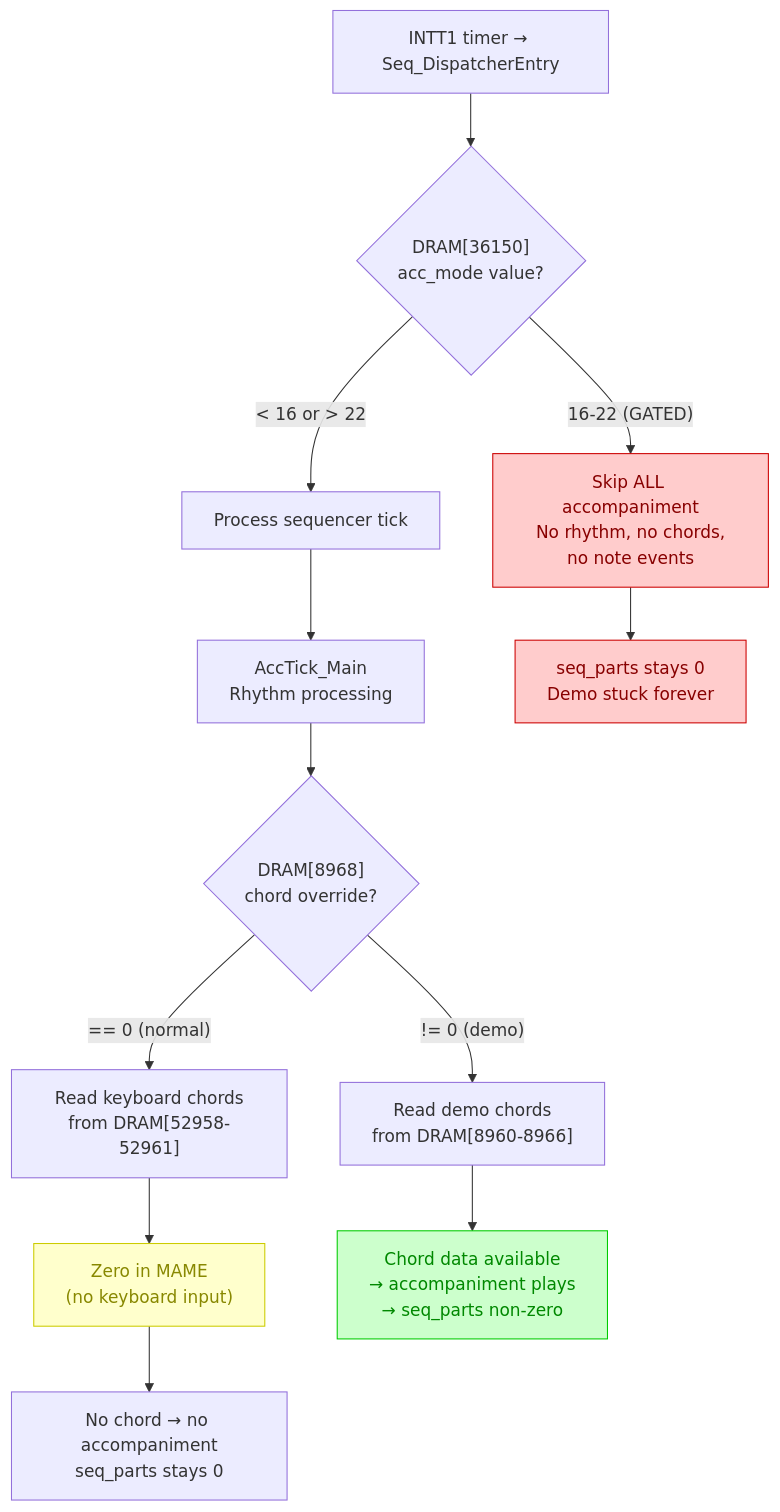
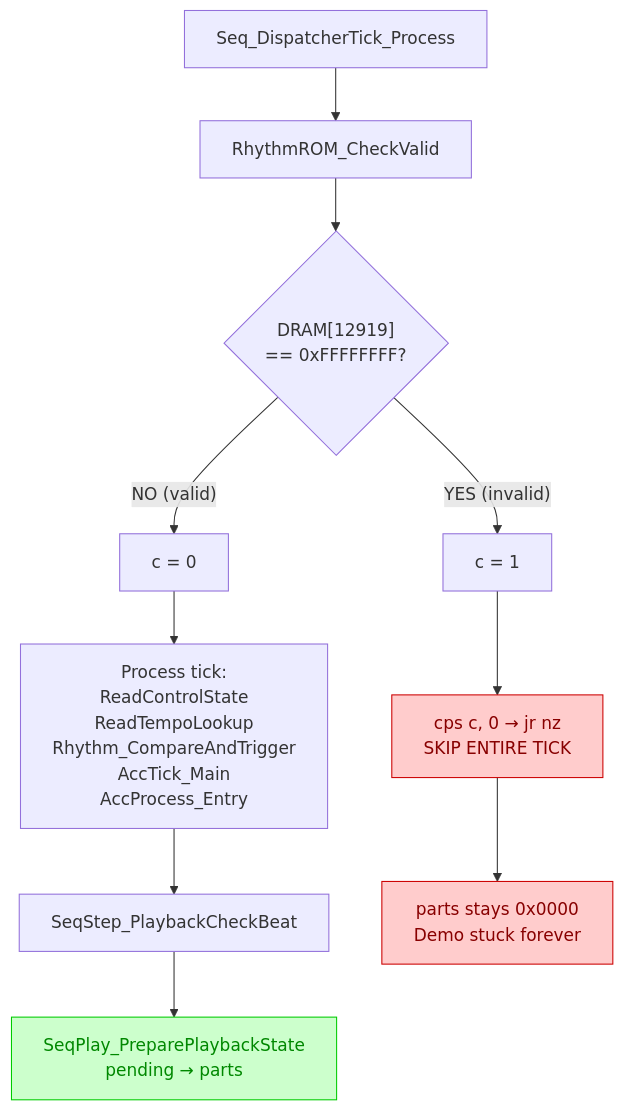
Diagram 12 of 12 in ssf-presentation.md (ArqueologiaDigital/KN5000-docs), drawn with Mermaid before and after one commit. The commit also changed other lines of this file, not shown here.

First line of the commit message:
Add Trace 9 results and RhythmROM gate discovery to SSF presentation page

````diff
--- a/ssf-presentation.md
+++ b/ssf-presentation.md
@@ -1236,21 +1291,17 @@
 ```mermaid
 flowchart TD
-    TICK["INTT1 timer → Seq_DispatcherEntry"] --> CHECK{"DRAM[36150]<br/>acc_mode value?"}
-    CHECK -- "< 16 or > 22" --> PROCESS["Process sequencer tick"]
-    CHECK -- "16-22 (GATED)" --> SKIP["Skip ALL accompaniment<br/>No rhythm, no chords,<br/>no note events"]
+    TICK["Seq_DispatcherTick_Process"] --> RCHECK["RhythmROM_CheckValid"]
+    RCHECK --> CMP{"DRAM[12919]<br/>== 0xFFFFFFFF?"}
+    CMP -- "YES (invalid)" --> C1["c = 1"]
+    CMP -- "NO (valid)" --> C0["c = 0"]
+    C1 --> SKIP["cps c, 0 → jr nz<br/>SKIP ENTIRE TICK"]
+    C0 --> PROCESS["Process tick:<br/>ReadControlState<br/>ReadTempoLookup<br/>Rhythm_CompareAndTrigger<br/>AccTick_Main<br/>AccProcess_Entry"]
+    PROCESS --> BEAT["SeqStep_PlaybackCheckBeat"]
+    BEAT --> COPY["SeqPlay_PreparePlaybackState<br/>pending → parts"]
 
-    PROCESS --> RHYTHM["AccTick_Main<br/>Rhythm processing"]
-    RHYTHM --> CHORD{"DRAM[8968]<br/>chord override?"}
-    CHORD -- "!= 0 (demo)" --> DEMO_CHORD["Read demo chords<br/>from DRAM[8960-8966]"]
-    CHORD -- "== 0 (normal)" --> KBD_CHORD["Read keyboard chords<br/>from DRAM[52958-52961]"]
-    KBD_CHORD --> ZERO["Zero in MAME<br/>(no keyboard input)"]
-    ZERO --> NO_NOTES["No chord → no accompaniment<br/>seq_parts stays 0"]
-    DEMO_CHORD --> NOTES["Chord data available<br/>→ accompaniment plays<br/>→ seq_parts non-zero"]
-
-    SKIP --> STUCK["seq_parts stays 0<br/>Demo stuck forever"]
+    SKIP --> STUCK["parts stays 0x0000<br/>Demo stuck forever"]
 
     style SKIP fill:#fcc,stroke:#c00,color:#800
     style STUCK fill:#fcc,stroke:#c00,color:#800
-    style ZERO fill:#ffc,stroke:#cc0,color:#880
-    style NOTES fill:#cfc,stroke:#0c0,color:#080
+    style COPY fill:#cfc,stroke:#0c0,color:#080
 ```
````
